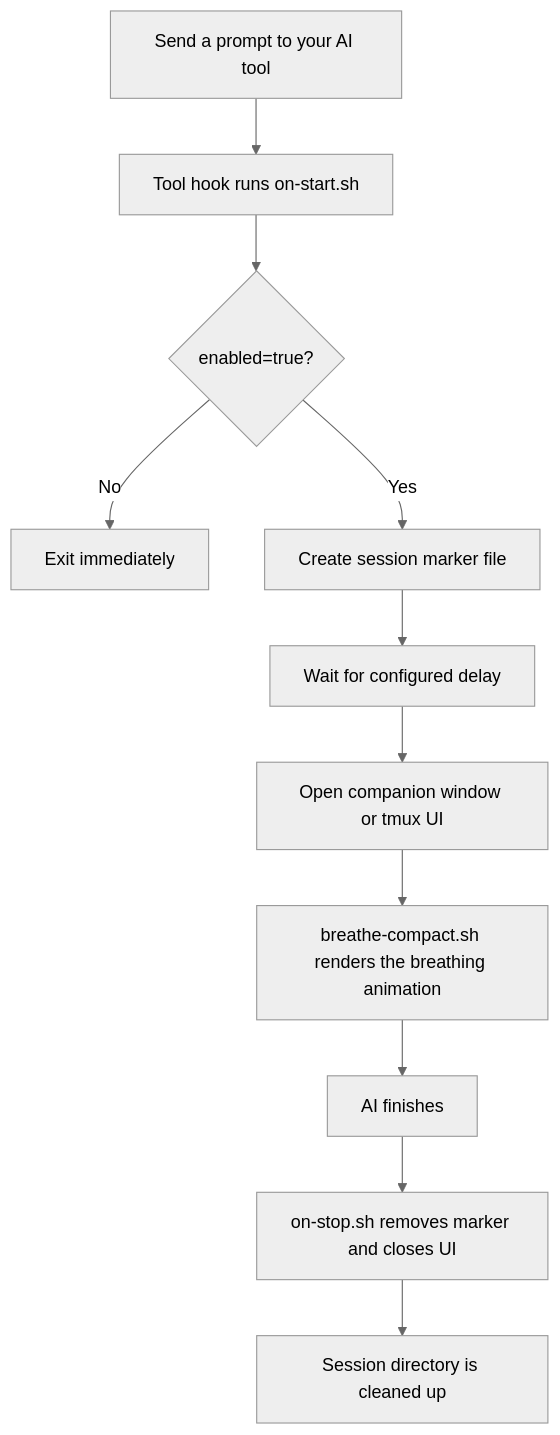
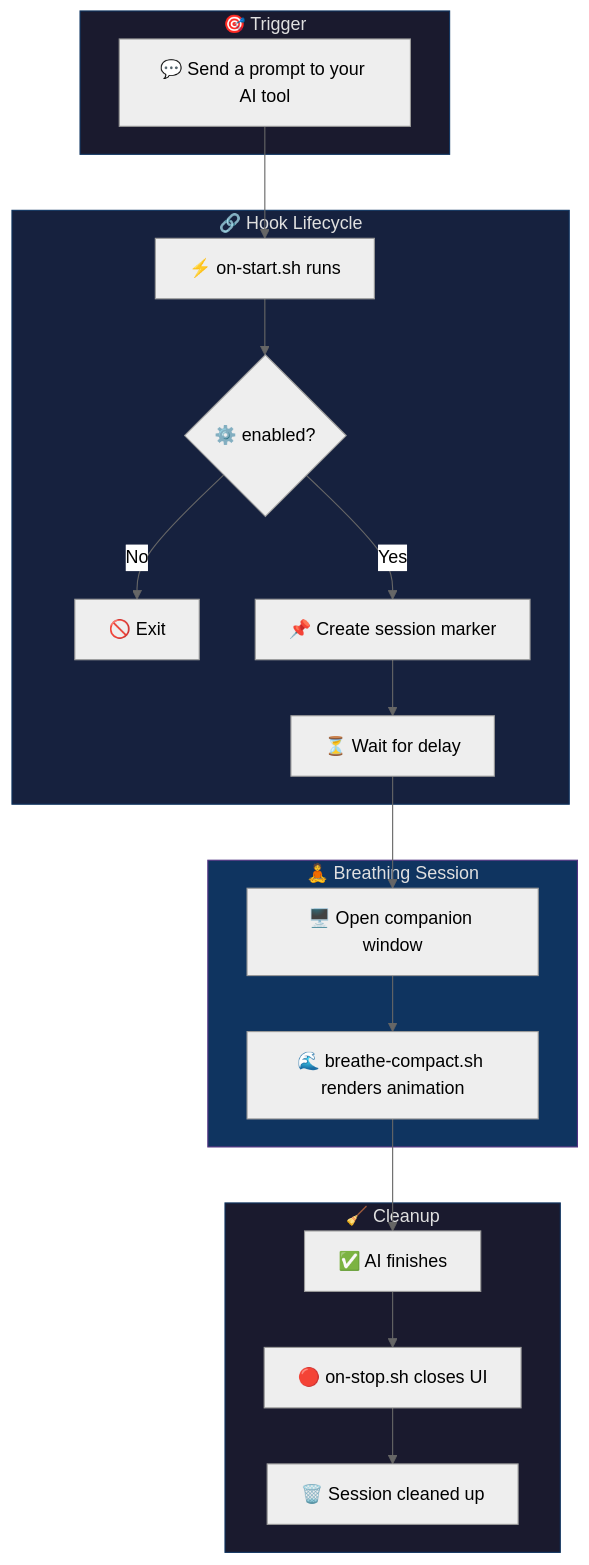
Before and after one commit to cry8a8y/HushFlow: the diagram in README.md, drawn with Mermaid (neutral theme). The commit also changed other lines of this file and 3 other files, not shown here.

````diff
--- a/README.md
+++ b/README.md
@@ -90,13 +141,34 @@
 ```mermaid
 flowchart TD
-    A[Send a prompt to your AI tool] --> B[Tool hook runs on-start.sh]
-    B --> C{enabled=true?}
-    C -- No --> Z[Exit immediately]
-    C -- Yes --> D[Create session marker file]
-    D --> E[Wait for configured delay]
-    E --> F[Open companion window or tmux UI]
-    F --> G[breathe-compact.sh renders the breathing animation]
-    G --> H[AI finishes]
-    H --> I[on-stop.sh removes marker and closes UI]
-    I --> J[Session directory is cleaned up]
+    subgraph trigger ["🎯 Trigger"]
+        A["💬 Send a prompt to your AI tool"]
+    end
+
+    subgraph hook ["🔗 Hook Lifecycle"]
+        B["⚡ on-start.sh runs"]
+        C{"⚙️ enabled?"}
+        Z["🚫 Exit"]
+        D["📌 Create session marker"]
+        E["⏳ Wait for delay"]
+    end
+
+    subgraph breathe ["🧘 Breathing Session"]
+        F["🖥️ Open companion window"]
+        G["🌊 breathe-compact.sh renders animation"]
+    end
+
+    subgraph cleanup ["🧹 Cleanup"]
+        H["✅ AI finishes"]
+        I["🔴 on-stop.sh closes UI"]
+        J["🗑️ Session cleaned up"]
+    end
+
+    A --> B --> C
+    C -- No --> Z
+    C -- Yes --> D --> E --> F --> G --> H --> I --> J
+
+    style trigger fill:#1a1a2e,stroke:#0f3460,color:#e0e0e0
+    style hook fill:#16213e,stroke:#0f3460,color:#e0e0e0
+    style breathe fill:#0f3460,stroke:#533483,color:#e0e0e0
+    style cleanup fill:#1a1a2e,stroke:#0f3460,color:#e0e0e0
 ```
````
